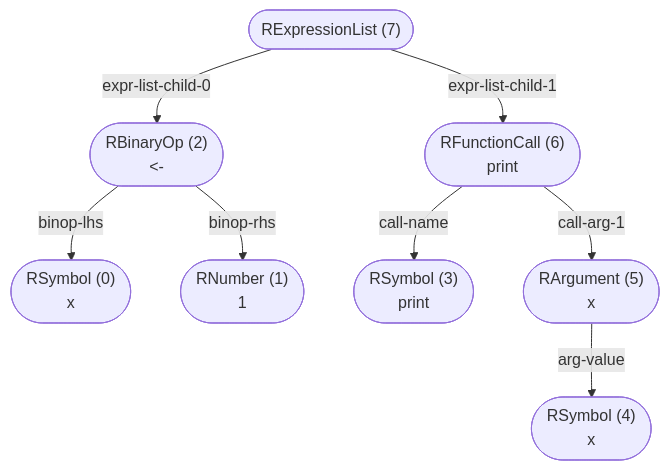
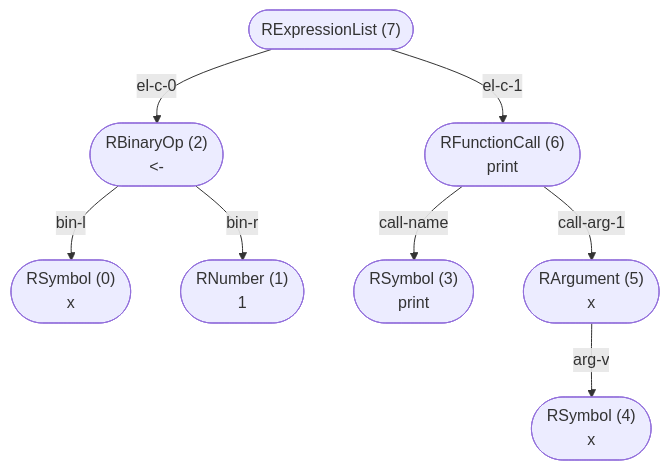
One commit to flowr-analysis/flowr changed the first of 2 diagrams in wiki/Core.md. Above: the diagram before and after it, drawn with Mermaid. The commit also changed other lines of this file and 7 other files, not shown here.

Commit message:
[skip ci] doc: update generated wiki pages (wiki/Query API.md,wiki/Normalized AST.md,wiki/Core.md,wiki/Interface.md,wiki/Dataflow Graph.md,wiki/Linter.md,wiki/[Linting Rule] Dead Code.md,wiki/Control Flow Graph.md)

````diff
--- a/wiki/Core.md
+++ b/wiki/Core.md
@@ -335,27 +335,27 @@
 ```mermaid
 flowchart TD
     n7(["RExpressionList (7)
  "])
     n2(["RBinaryOp (2)
 #60;#45;"])
-    n7 -->|"expr-list-child-0"| n2
+    n7 -->|"el-c-0"| n2
     n0(["RSymbol (0)
 x"])
-    n2 -->|"binop-lhs"| n0
+    n2 -->|"bin-l"| n0
     n1(["RNumber (1)
 1"])
-    n2 -->|"binop-rhs"| n1
+    n2 -->|"bin-r"| n1
     n6(["RFunctionCall (6)
 print"])
-    n7 -->|"expr-list-child-1"| n6
+    n7 -->|"el-c-1"| n6
     n3(["RSymbol (3)
 print"])
     n6 -->|"call-name"| n3
     n5(["RArgument (5)
 x"])
     n6 -->|"call-arg-1"| n5
     n4(["RSymbol (4)
 x"])
-    n5 -->|"arg-value"| n4
+    n5 -->|"arg-v"| n4
 
 ```
````
